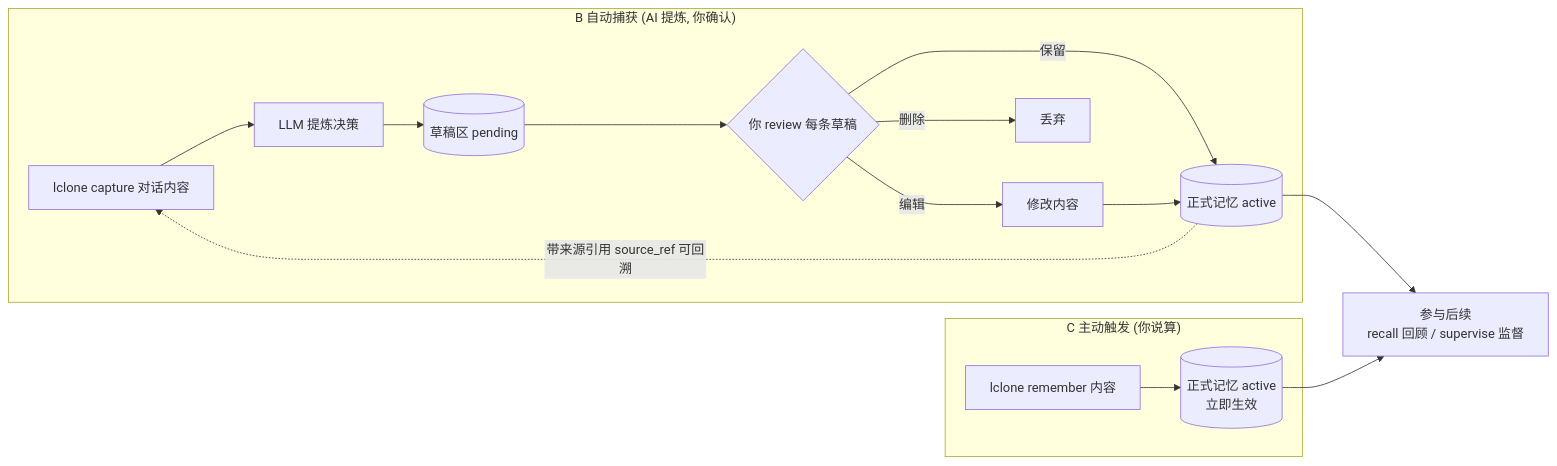
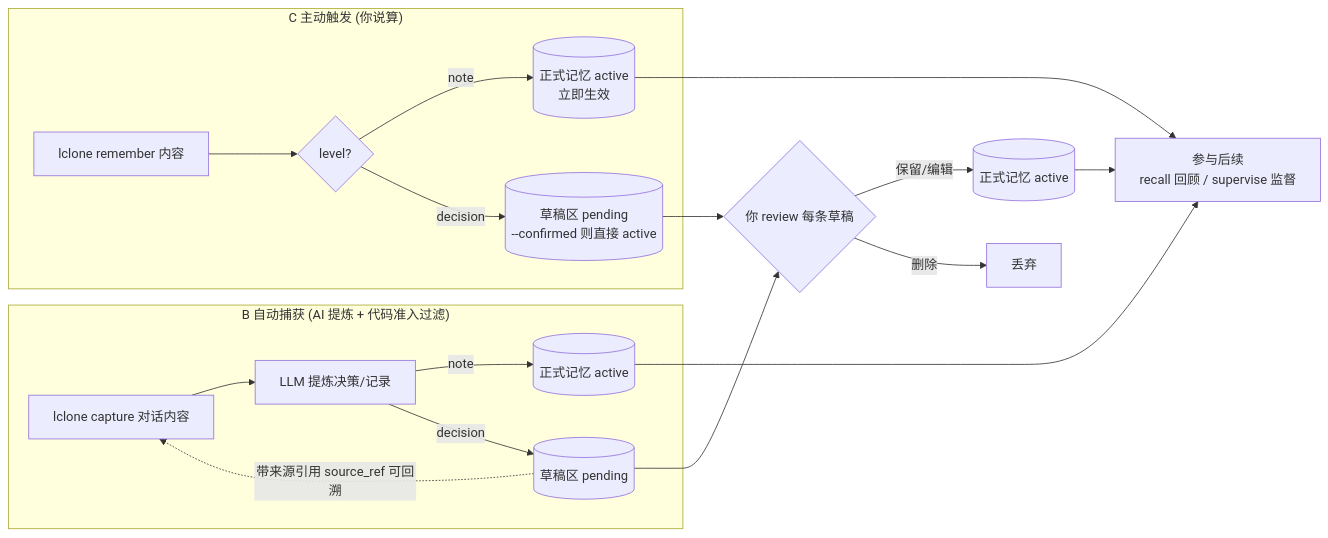
One commit to ljzRober/L-clone changed the third of 6 diagrams in docs/ARCHITECTURE.md. Above: the diagram before and after it, drawn with Mermaid. The commit also changed other lines of this file and 16 other files, not shown here.

````diff
--- a/docs/ARCHITECTURE.md
+++ b/docs/ARCHITECTURE.md
@@ -135,17 +173,21 @@
 ```mermaid
 flowchart LR
     subgraph C["C 主动触发 (你说算)"]
-        C1["lclone remember 内容"] --> C2[("正式记忆 active<br/>立即生效")]
+        C1["lclone remember 内容"] --> C2{"level?"}
+        C2 -- "note" --> C3[("正式记忆 active<br/>立即生效")]
+        C2 -- "decision" --> C4[("草稿区 pending<br/>--confirmed 则直接 active")]
     end
-    subgraph B["B 自动捕获 (AI 提炼, 你确认)"]
-        B1["lclone capture 对话内容"] --> B2["LLM 提炼决策"]
-        B2 --> B3[("草稿区 pending")]
-        B3 --> B4{"你 review 每条草稿"}
-        B4 -- "保留" --> B5[("正式记忆 active")]
-        B4 -- "编辑" --> B6["修改内容"] --> B5
-        B4 -- "删除" --> B7["丢弃"]
+    subgraph B["B 自动捕获 (AI 提炼 + 代码准入过滤)"]
+        B1["lclone capture 对话内容"] --> B2["LLM 提炼决策/记录"]
+        B2 -- "note" --> B3[("正式记忆 active")]
+        B2 -- "decision" --> B4[("草稿区 pending")]
     end
-    B5 --> R["参与后续<br/>recall 回顾 / supervise 监督"]
-    C2 --> R
-    B5 -. 带来源引用 source_ref 可回溯 .-> B1
+    C4 --> R2{"你 review 每条草稿"}
+    B4 --> R2
+    R2 -- "保留/编辑" --> R3[("正式记忆 active")]
+    R2 -- "删除" --> R4["丢弃"]
+    C3 --> R["参与后续<br/>recall 回顾 / supervise 监督"]
+    B3 --> R
+    R3 --> R
+    B4 -. 带来源引用 source_ref 可回溯 .-> B1
 ```
````
